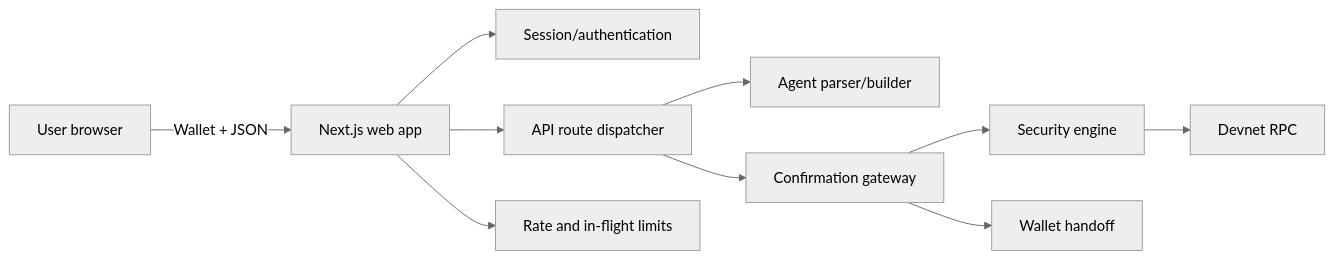
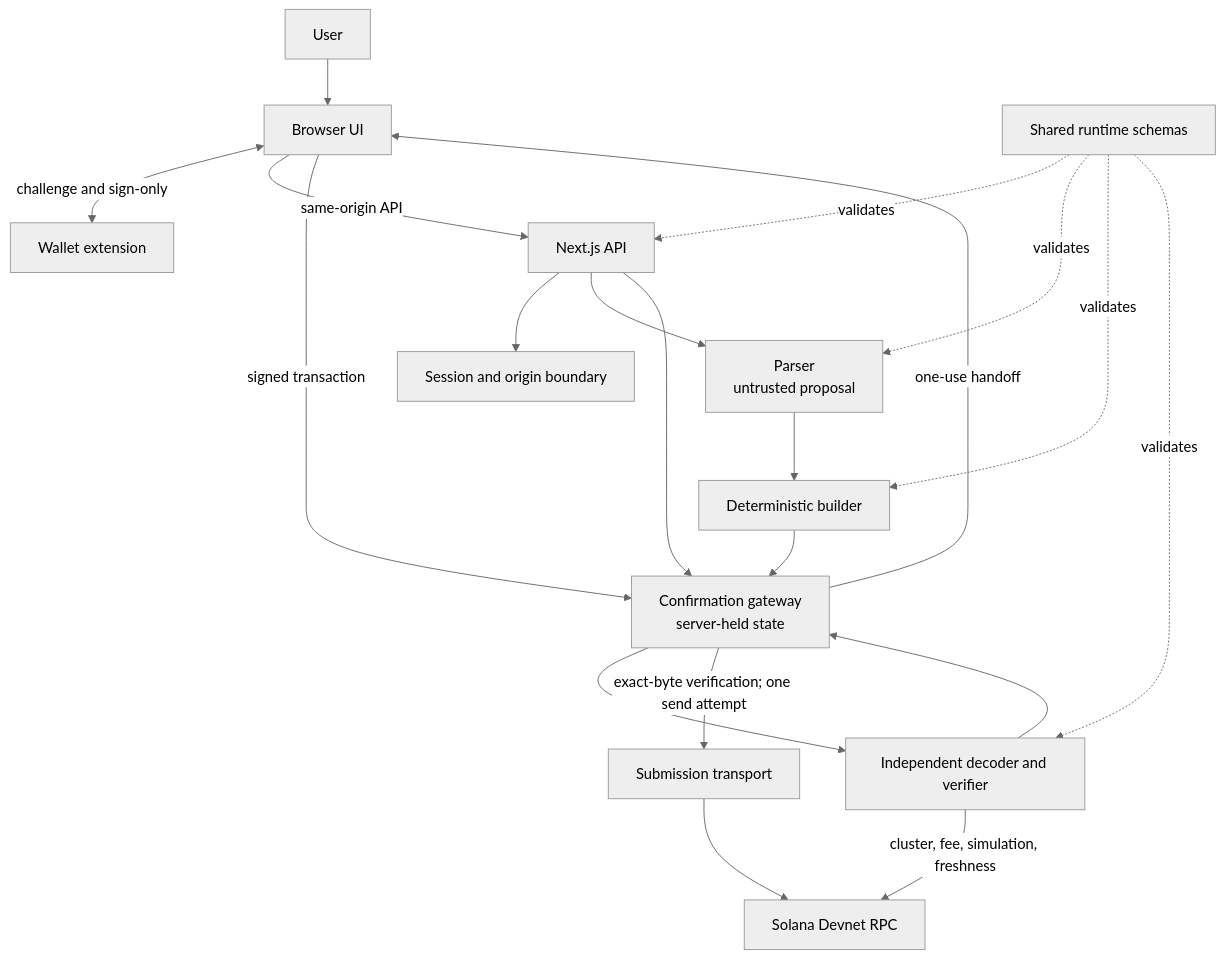
The diagram in docs/wiki/Architecture.md (layhadarries/Dev3Proj), drawn with Mermaid (neutral theme) before and after one commit. The commit also changed other lines of this file and 17 other files, not shown here.

````diff
--- a/docs/wiki/Architecture.md
+++ b/docs/wiki/Architecture.md
@@ -3,12 +3,22 @@
 ```mermaid
-flowchart LR
-    U[User browser] -->|Wallet + JSON| W[Next.js web app]
-    W --> AUTH[Session/authentication]
-    W --> API[API route dispatcher]
-    API --> AG[Agent parser/builder]
-    API --> GW[Confirmation gateway]
-    GW --> SEC[Security engine]
-    SEC --> RPC[Devnet RPC]
-    GW --> WAL[Wallet handoff]
-    W --> RL[Rate and in-flight limits]
+flowchart TB
+    U[User] --> UI[Browser UI]
+    UI <-->|challenge and sign-only| W[Wallet extension]
+    UI -->|same-origin API| API[Next.js API]
+    API --> AUTH[Session and origin boundary]
+    API --> AG[Parser<br/>untrusted proposal]
+    AG --> BUILDER[Deterministic builder]
+    API --> GW[Confirmation gateway<br/>server-held state]
+    BUILDER --> GW
+    GW --> ENGINE[Independent decoder and verifier]
+    SH[Shared runtime schemas] -. validates .-> API
+    SH -. validates .-> AG
+    SH -. validates .-> BUILDER
+    SH -. validates .-> ENGINE
+    ENGINE -->|cluster, fee, simulation, freshness| RPC[Solana Devnet RPC]
+    ENGINE --> GW
+    GW -->|one-use handoff| UI
+    UI -->|signed transaction| GW
+    GW -->|exact-byte verification; one send attempt| SUB[Submission transport]
+    SUB --> RPC
 ```
````
